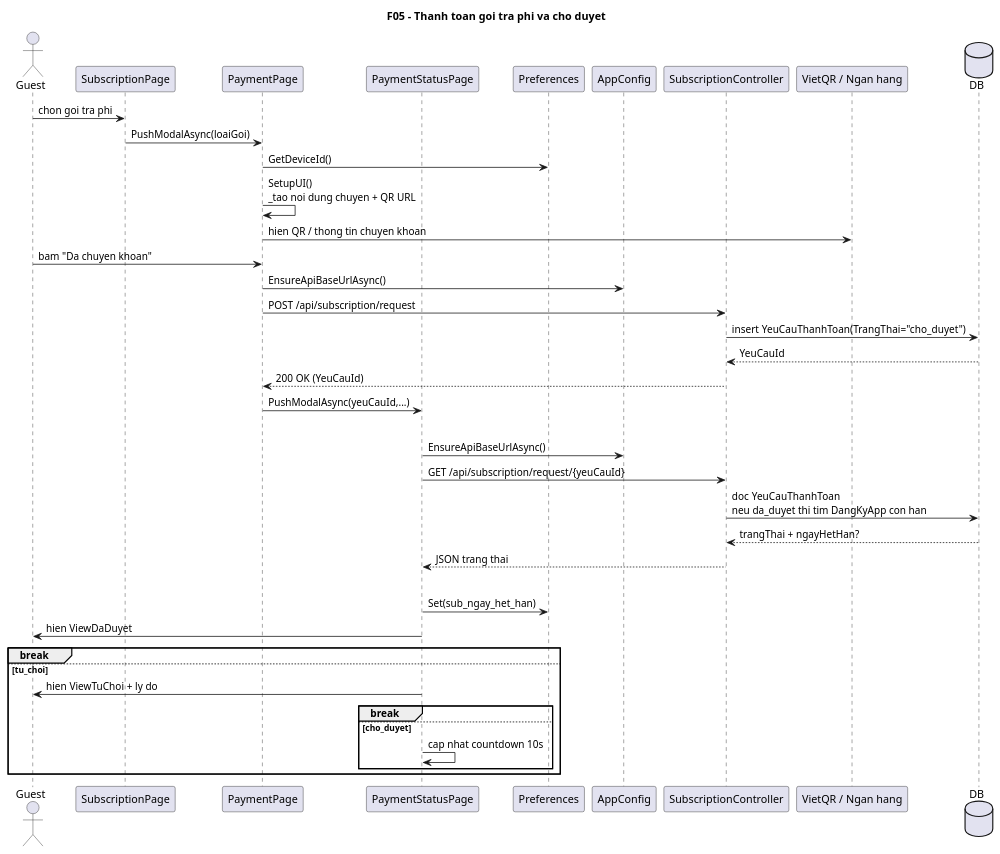
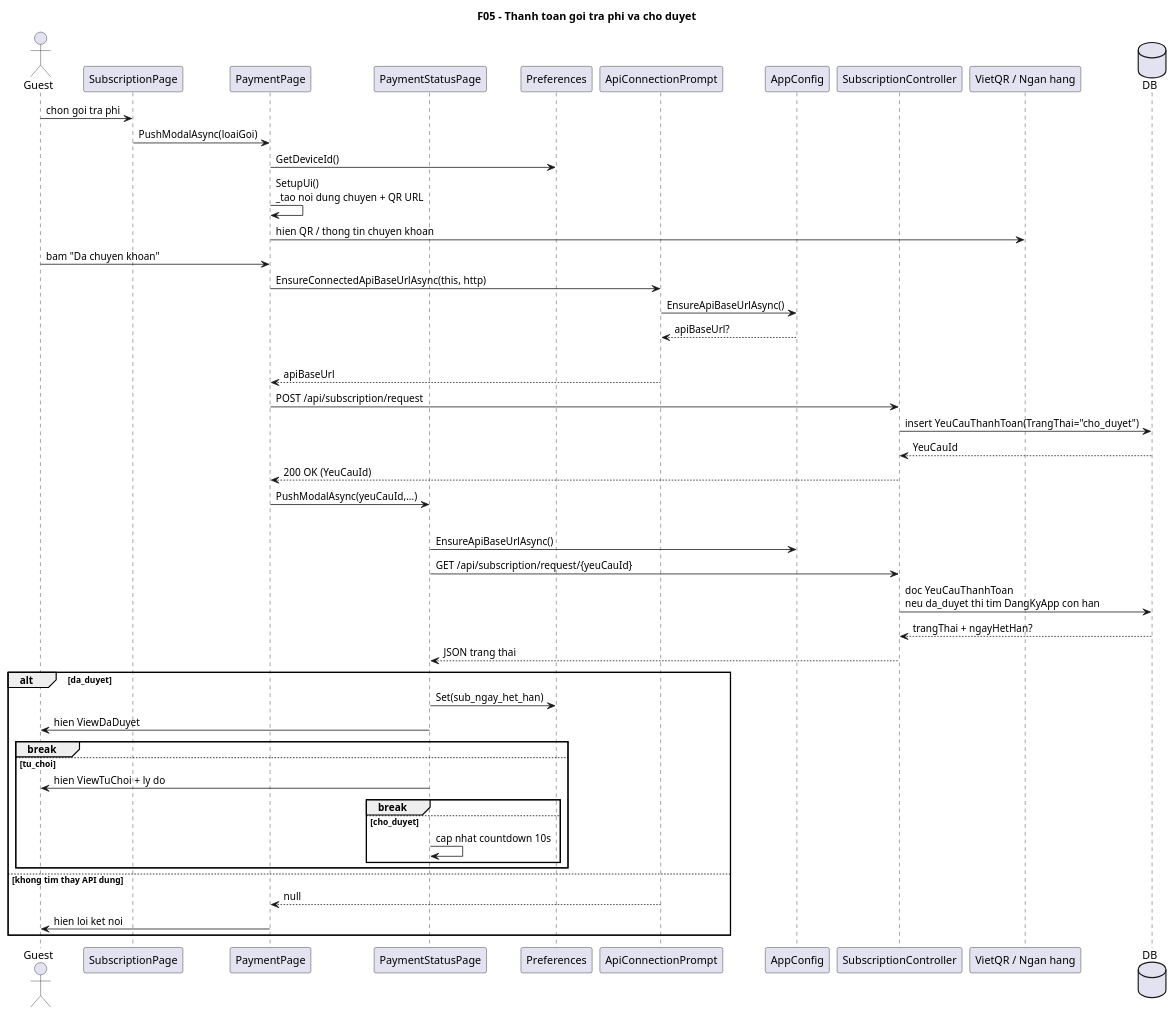
One commit to VoBao182/PhoAmThuc changed the diagram in docs/diagrams/05-paid-plan-sequence.puml. Above: the diagram before and after it, drawn with PlantUML. The commit also changed 51 other files, not shown here.

```diff
--- a/docs/diagrams/05-paid-plan-sequence.puml
+++ b/docs/diagrams/05-paid-plan-sequence.puml
@@ -1,55 +1,65 @@
 @startuml
 ' Diagram: F05 - Thanh toan goi tra phi va cho duyet (Sequence)
 ' Status: WIP
-' Baseline: branch master, HEAD 6510344
+' Baseline: branch master, HEAD a5fde70
 ' Source:
 ' - VinhKhanhTourDemo/SubscriptionPage.xaml.cs: OnMuaGoiClicked()
-' - VinhKhanhTourDemo/PaymentPage.xaml.cs: SetupUI(), OnDaChuyenKhoanClicked()
+' - VinhKhanhTourDemo/PaymentPage.xaml.cs: SetupUi(), OnDaChuyenKhoanClicked()
+' - VinhKhanhTourDemo/ApiConnectionPrompt.cs: EnsureConnectedApiBaseUrlAsync()
 ' - VinhKhanhTourDemo/PaymentStatusPage.xaml.cs: StartPollingAsync(), PollStatusAsync()
 ' - VinhKhanhTour.API/Controllers/SubscriptionController.cs: CreateRequest(), GetRequestStatus()
-' Note: Sequence nay chi hop le voi luong thanh toan bang QR + polling hien tai; chua xem nhu luong da chot vi ban con dang kiem tra code.
+' Note: Da cap nhat theo luong co prompt ket noi API truoc khi tao yeu cau thanh toan; polling giu nguyen.
 title F05 - Thanh toan goi tra phi va cho duyet
 
 actor Guest
 participant SubscriptionPage
 participant PaymentPage
 participant PaymentStatusPage
 participant Preferences
+participant ApiConnectionPrompt
 participant AppConfig
 participant "SubscriptionController" as SubscriptionController
 participant "VietQR / Ngan hang" as Bank
 database DB
 
 Guest -> SubscriptionPage: chon goi tra phi
 SubscriptionPage -> PaymentPage: PushModalAsync(loaiGoi)
 PaymentPage -> Preferences: GetDeviceId()
-PaymentPage -> PaymentPage: SetupUI()\n_tao noi dung chuyen + QR URL
+PaymentPage -> PaymentPage: SetupUi()\n_tao noi dung chuyen + QR URL
 PaymentPage -> Bank: hien QR / thong tin chuyen khoan
 
 Guest -> PaymentPage: bam "Da chuyen khoan"
-PaymentPage -> AppConfig: EnsureApiBaseUrlAsync()
-PaymentPage -> SubscriptionController: POST /api/subscription/request
-SubscriptionController -> DB: insert YeuCauThanhToan(TrangThai="cho_duyet")
-DB --> SubscriptionController: YeuCauId
-SubscriptionController --> PaymentPage: 200 OK (YeuCauId)
-PaymentPage -> PaymentStatusPage: PushModalAsync(yeuCauId,...)
+PaymentPage -> ApiConnectionPrompt: EnsureConnectedApiBaseUrlAsync(this, http)
+ApiConnectionPrompt -> AppConfig: EnsureApiBaseUrlAsync()
+AppConfig --> ApiConnectionPrompt: apiBaseUrl?
+alt ket noi API thanh cong
+  ApiConnectionPrompt --> PaymentPage: apiBaseUrl
+  PaymentPage -> SubscriptionController: POST /api/subscription/request
+  SubscriptionController -> DB: insert YeuCauThanhToan(TrangThai="cho_duyet")
+  DB --> SubscriptionController: YeuCauId
+  SubscriptionController --> PaymentPage: 200 OK (YeuCauId)
+  PaymentPage -> PaymentStatusPage: PushModalAsync(yeuCauId,...)
 
 loop moi 10 giay cho den khi co ket qua
   PaymentStatusPage -> AppConfig: EnsureApiBaseUrlAsync()
   PaymentStatusPage -> SubscriptionController: GET /api/subscription/request/{yeuCauId}
   SubscriptionController -> DB: doc YeuCauThanhToan\nneu da_duyet thi tim DangKyApp con han
   DB --> SubscriptionController: trangThai + ngayHetHan?
   SubscriptionController --> PaymentStatusPage: JSON trang thai
 
   alt da_duyet
     PaymentStatusPage -> Preferences: Set(sub_ngay_het_han)
     PaymentStatusPage -> Guest: hien ViewDaDuyet
     break
   else tu_choi
     PaymentStatusPage -> Guest: hien ViewTuChoi + ly do
     break
   else cho_duyet
     PaymentStatusPage -> PaymentStatusPage: cap nhat countdown 10s
   end
 end
+else khong tim thay API dung
+  ApiConnectionPrompt --> PaymentPage: null
+  PaymentPage -> Guest: hien loi ket noi
+end
 @enduml
```
